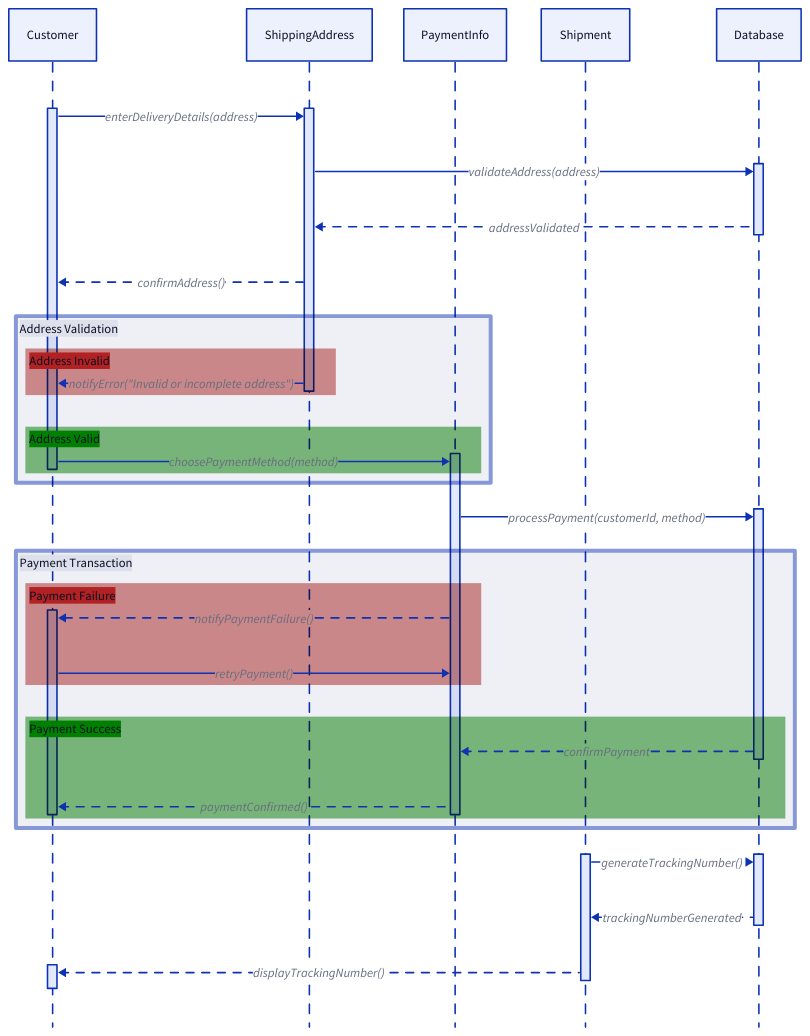
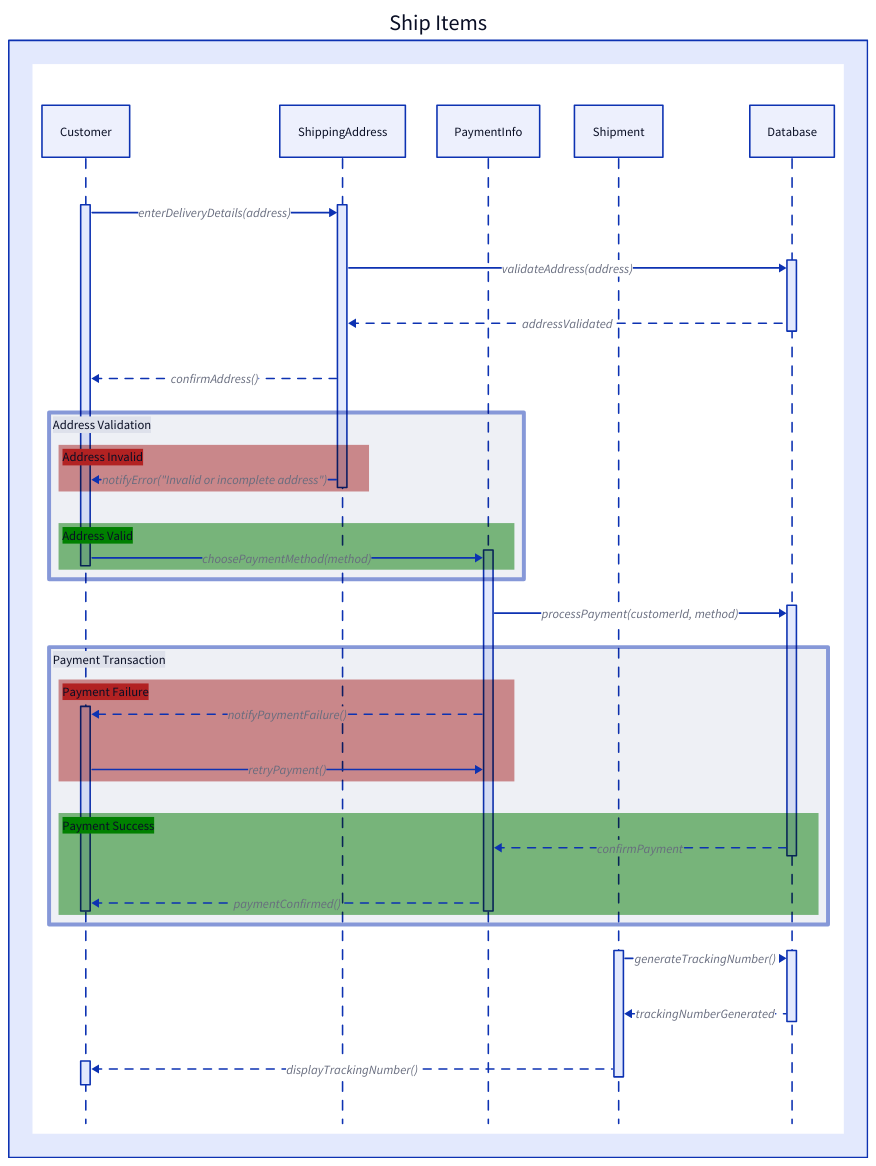
Before and after one commit to Arqamz/hawktu-logistics: the diagram in documentation/diagrams/action-sequence/ship-items.d2, drawn with D2. The commit also changed 25 other files, not shown here.

Commit message:
Add consistent theming to all diagrams

```diff
--- a/documentation/diagrams/action-sequence/ship-items.d2
+++ b/documentation/diagrams/action-sequence/ship-items.d2
@@ -1,63 +1,71 @@
-shape: sequence_diagram
+Ship Items: {
+    
+  label: "Ship Items"
 
-Customer.t1: actor
-ShippingAddress.t1: actor
-PaymentInfo
-Shipment
-Database.t1: actor
+  "" : {
 
-Customer.t1 -> ShippingAddress.t1: enterDeliveryDetails(address)
-ShippingAddress.t1 -> Database.t1: validateAddress(address) 
-ShippingAddress.t1 <- Database.t1: addressValidated {
-  style.stroke-dash: 5
-}
-Customer.t1 <- ShippingAddress.t1: confirmAddress() {
-  style.stroke-dash: 5
-}
+    shape: sequence_diagram
 
-alt label: "Address Validation" {
-  style.stroke-width: 5
-  
-  if label: "Address Invalid" {
-    style.fill: firebrick
-    ShippingAddress.t1 -> Customer.t1: notifyError("Invalid or incomplete address") {
+    Customer.t1: actor
+    ShippingAddress.t1: actor
+    PaymentInfo
+    Shipment
+    Database.t1: actor
+
+    Customer.t1 -> ShippingAddress.t1: enterDeliveryDetails(address)
+    ShippingAddress.t1 -> Database.t1: validateAddress(address) 
+    ShippingAddress.t1 <- Database.t1: addressValidated {
       style.stroke-dash: 5
     }
-  }
-  else label: "Address Valid" {
-    style.fill: green
-    Customer.t1 -> PaymentInfo.t2: choosePaymentMethod(method)
-  }
-}
-
-PaymentInfo.t2 -> Database.t2: processPayment(customerId, method) 
-
-alt1 label: "Payment Transaction" {
-  style.stroke-width: 5
-
-  if label: "Payment Failure" {
-    style.fill: firebrick
-    PaymentInfo.t2 -> Customer.t2: notifyPaymentFailure() {
+    Customer.t1 <- ShippingAddress.t1: confirmAddress() {
       style.stroke-dash: 5
     }
-    Customer.t2 -> PaymentInfo.t2: retryPayment()
-  }
-  else label: "Payment Success" {
-    style.fill: green
-    PaymentInfo.t2 <- Database.t2: confirmPayment {
-      style.stroke-dash: 5
+
+    alt label: "Address Validation" {
+      style.stroke-width: 5
+      
+      if label: "Address Invalid" {
+        style.fill: firebrick
+        ShippingAddress.t1 -> Customer.t1: notifyError("Invalid or incomplete address") {
+          style.stroke-dash: 5
+        }
+      }
+      else label: "Address Valid" {
+        style.fill: green
+        Customer.t1 -> PaymentInfo.t2: choosePaymentMethod(method)
+      }
     }
-    Customer.t2 <- PaymentInfo.t2: paymentConfirmed() {
-      style.stroke-dash: 5
+
+    PaymentInfo.t2 -> Database.t2: processPayment(customerId, method) 
+
+    alt1 label: "Payment Transaction" {
+      style.stroke-width: 5
+
+      if label: "Payment Failure" {
+        style.fill: firebrick
+        PaymentInfo.t2 -> Customer.t2: notifyPaymentFailure() {
+          style.stroke-dash: 5
+        }
+        Customer.t2 -> PaymentInfo.t2: retryPayment()
+      }
+      else label: "Payment Success" {
+        style.fill: green
+        PaymentInfo.t2 <- Database.t2: confirmPayment {
+          style.stroke-dash: 5
+        }
+        Customer.t2 <- PaymentInfo.t2: paymentConfirmed() {
+          style.stroke-dash: 5
+        }
+      }
+    }
+        Shipment.t3 -> Database.t3: generateTrackingNumber() {
+          style.stroke-dash: 5
+        }
+        Shipment.t3 <- Database.t3: trackingNumberGenerated {
+          style.stroke-dash: 5
+        }
+        Customer.t3 <- Shipment.t3: displayTrackingNumber() {
+          style.stroke-dash: 5
     }
   }
 }
-    Shipment.t3 -> Database.t3: generateTrackingNumber() {
-      style.stroke-dash: 5
-    }
-    Shipment.t3 <- Database.t3: trackingNumberGenerated {
-      style.stroke-dash: 5
-    }
-    Customer.t3 <- Shipment.t3: displayTrackingNumber() {
-      style.stroke-dash: 5
-}
```
